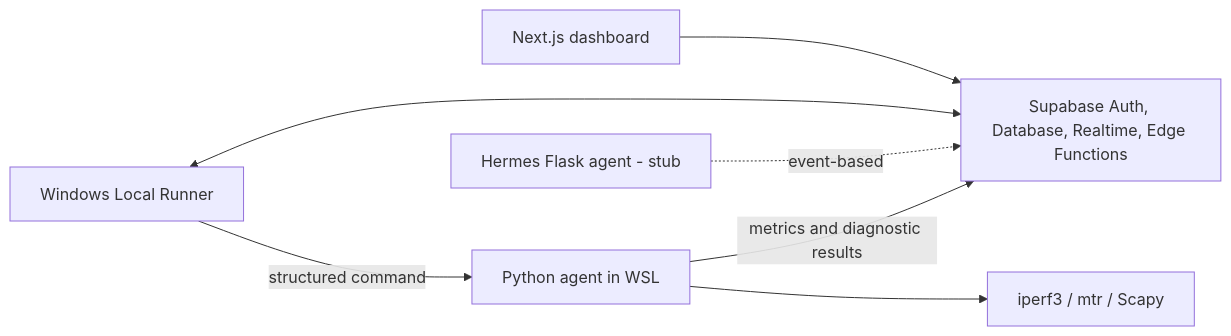
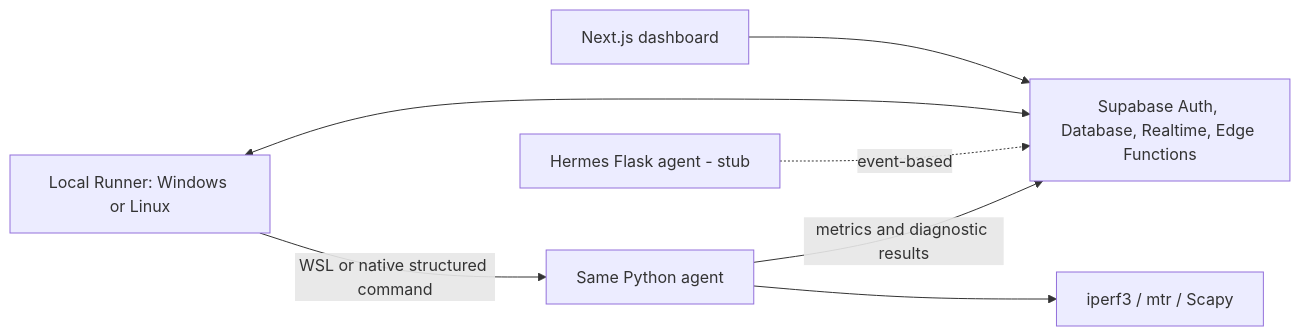
The diagram in README.md (rakasatriaefendi/JHC-NetOps), drawn with Mermaid before and after one commit. The commit also changed other lines of this file and 18 other files, not shown here.

Commit message:
feat: add native Ubuntu runner compatibility

````diff
--- a/README.md
+++ b/README.md
@@ -24,9 +25,9 @@
 ```mermaid
 flowchart LR
     Browser[Next.js dashboard] --> Supabase[Supabase Auth, Database, Realtime, Edge Functions]
-    Runner[Windows Local Runner] <--> Supabase
-    Runner -->|structured command| Agent[Python agent in WSL]
+    Runner[Local Runner: Windows or Linux] <--> Supabase
+    Runner -->|WSL or native structured command| Agent[Same Python agent]
     Agent -->|metrics and diagnostic results| Supabase
     Agent --> Tools[iperf3 / mtr / Scapy]
     Hermes[Hermes Flask agent - stub] -. event-based .-> Supabase
 ```
````
